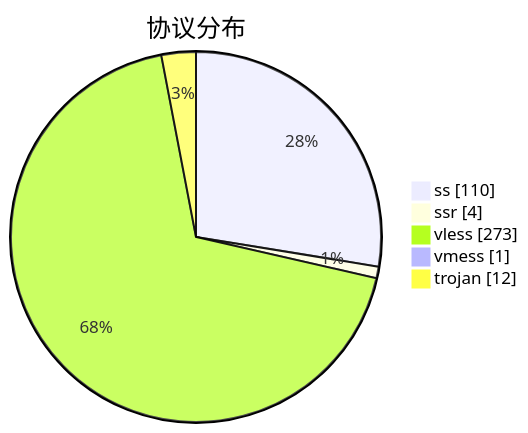
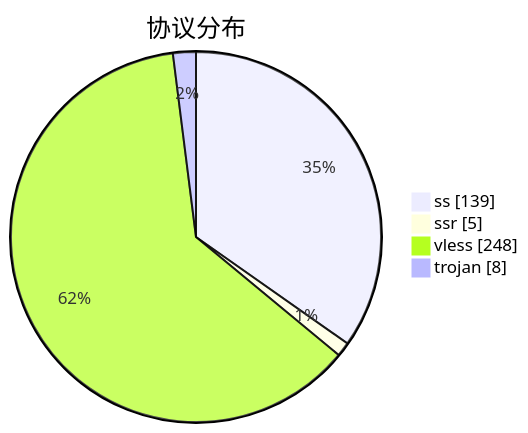
The third of 3 diagrams in subs/statistics/tested_within.md (qjlxg/airport), drawn with Mermaid before and after one commit. The commit also changed other lines of this file and 2 other files, not shown here.

````diff
--- a/subs/statistics/tested_within.md
+++ b/subs/statistics/tested_within.md
@@ -38,9 +35,8 @@
 ```mermaid
 pie showData
 title 协议分布
-"ss" : 110
-"ssr" : 4
-"vless" : 273
-"vmess" : 1
-"trojan" : 12
+"ss" : 139
+"ssr" : 5
+"vless" : 248
+"trojan" : 8
 ```
````
